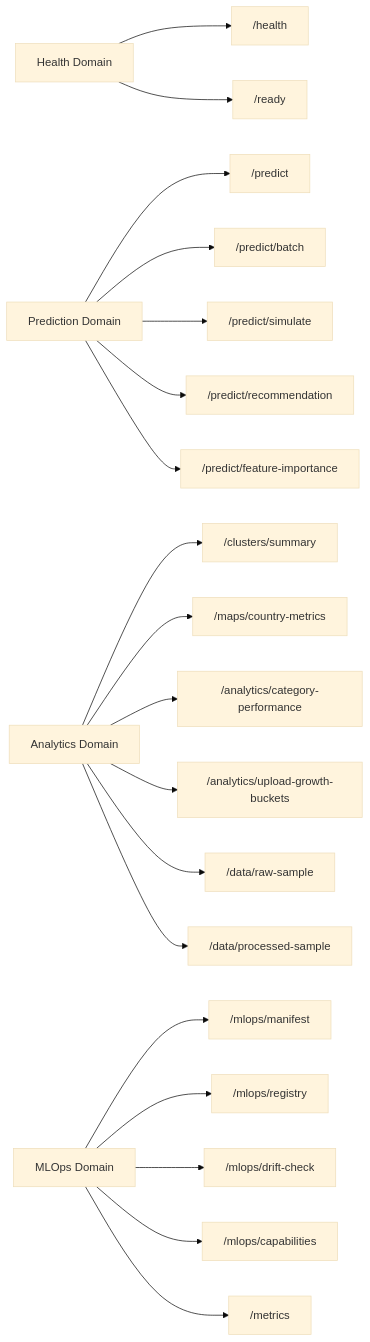
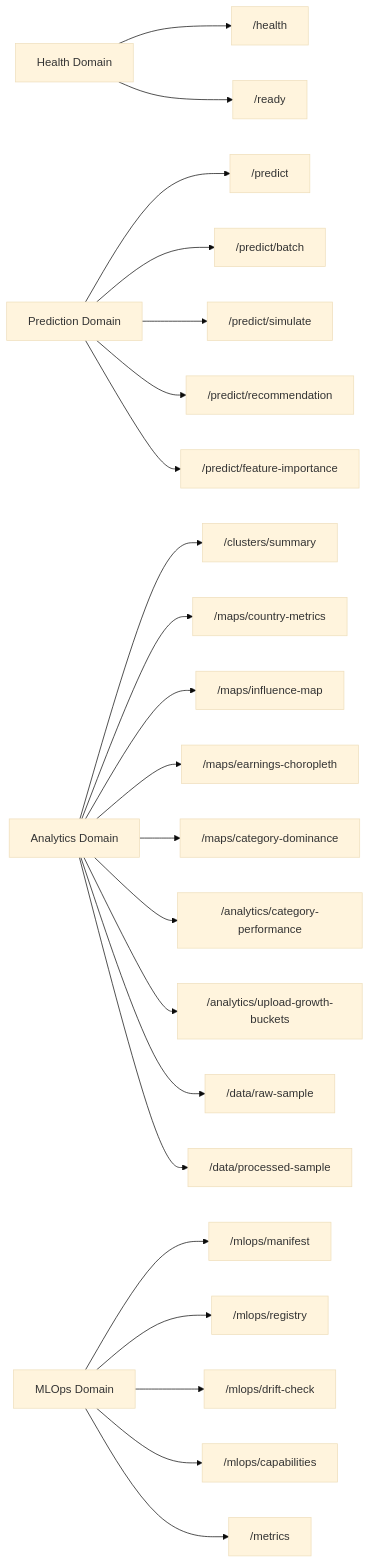
One commit to hoangsonww/YouTube-Success-Prediction-ML changed the second of 7 diagrams in API_REFERENCE.md. Above: the diagram before and after it, drawn with Mermaid (base theme). The commit also changed other lines of this file and 33 other files, not shown here.

Commit message:
add: implement new map embed endpoints for influence, earnings, and category dominance visualizations

````diff
--- a/API_REFERENCE.md
+++ b/API_REFERENCE.md
@@ -70,21 +75,24 @@
 ```mermaid
 flowchart LR
     A[Health Domain] --> A1["/health"]
     A --> A2["/ready"]
     B[Prediction Domain] --> B1["/predict"]
     B --> B2["/predict/batch"]
     B --> B3["/predict/simulate"]
     B --> B4["/predict/recommendation"]
     B --> B5["/predict/feature-importance"]
     C[Analytics Domain] --> C1["/clusters/summary"]
     C --> C2["/maps/country-metrics"]
-    C --> C3["/analytics/category-performance"]
-    C --> C4["/analytics/upload-growth-buckets"]
-    C --> C5["/data/raw-sample"]
-    C --> C6["/data/processed-sample"]
+    C --> C3["/maps/influence-map"]
+    C --> C4["/maps/earnings-choropleth"]
+    C --> C5["/maps/category-dominance"]
+    C --> C6["/analytics/category-performance"]
+    C --> C7["/analytics/upload-growth-buckets"]
+    C --> C8["/data/raw-sample"]
+    C --> C9["/data/processed-sample"]
     D[MLOps Domain] --> D1["/mlops/manifest"]
     D --> D2["/mlops/registry"]
     D --> D3["/mlops/drift-check"]
     D --> D4["/mlops/capabilities"]
     D --> D5["/metrics"]
 ```
````
